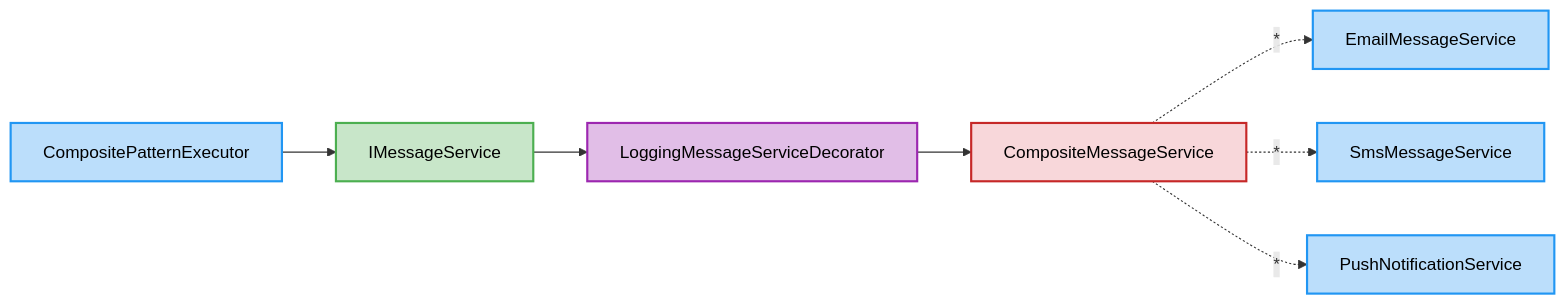
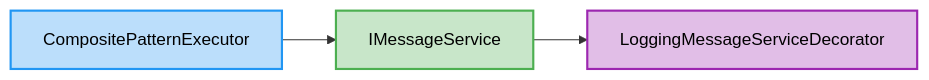
The diagram in examples/Qudi.Example.Readme/exported/CompositePatternExecutor.md (arika0093/Qudi), drawn with Mermaid before and after one commit. The commit also changed 2 other files, not shown here.

Commit message:
document update

````diff
--- a/examples/Qudi.Example.Readme/exported/CompositePatternExecutor.md
+++ b/examples/Qudi.Example.Readme/exported/CompositePatternExecutor.md
@@ -1,28 +1,15 @@
 ```mermaid
 flowchart LR
-    Qudi_Examples_CompositePattern_EmailMessageService["EmailMessageService"]
     Qudi_Examples_CompositePattern_IMessageService["IMessageService"]
-    Qudi_Examples_CompositePattern_SmsMessageService["SmsMessageService"]
-    Qudi_Examples_CompositePattern_PushNotificationService["PushNotificationService"]
     Qudi_Examples_CompositePattern_CompositePatternExecutor["CompositePatternExecutor"]
     Qudi_Examples_CompositePattern_LoggingMessageServiceDecorator["LoggingMessageServiceDecorator"]
-    Qudi_Examples_CompositePattern_CompositeMessageService["CompositeMessageService"]
     Qudi_Examples_CompositePattern_CompositePatternExecutor --> Qudi_Examples_CompositePattern_IMessageService
     Qudi_Examples_CompositePattern_IMessageService --> Qudi_Examples_CompositePattern_LoggingMessageServiceDecorator
-    Qudi_Examples_CompositePattern_LoggingMessageServiceDecorator --> Qudi_Examples_CompositePattern_CompositeMessageService
-    Qudi_Examples_CompositePattern_CompositeMessageService -.->|"*"| Qudi_Examples_CompositePattern_EmailMessageService
-    Qudi_Examples_CompositePattern_CompositeMessageService -.->|"*"| Qudi_Examples_CompositePattern_SmsMessageService
-    Qudi_Examples_CompositePattern_CompositeMessageService -.->|"*"| Qudi_Examples_CompositePattern_PushNotificationService
     classDef interface fill:#c8e6c9,stroke:#4caf50,stroke-width:2px,color:#000;
     class Qudi_Examples_CompositePattern_IMessageService interface;
     classDef cls fill:#bbdefb,stroke:#2196f3,stroke-width:2px,color:#000;
-    class Qudi_Examples_CompositePattern_EmailMessageService cls;
-    class Qudi_Examples_CompositePattern_SmsMessageService cls;
-    class Qudi_Examples_CompositePattern_PushNotificationService cls;
     class Qudi_Examples_CompositePattern_CompositePatternExecutor cls;
     classDef decorator fill:#e1bee7,stroke:#9c27b0,stroke-width:2px,color:#000;
     class Qudi_Examples_CompositePattern_LoggingMessageServiceDecorator decorator;
-    classDef composite fill:#f8d7da,stroke:#c62828,stroke-width:2px,color:#000;
-    class Qudi_Examples_CompositePattern_CompositeMessageService composite;
 
 ```
````
